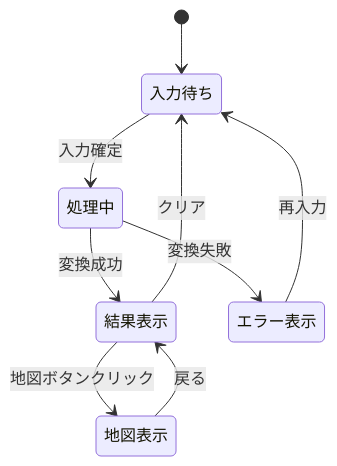
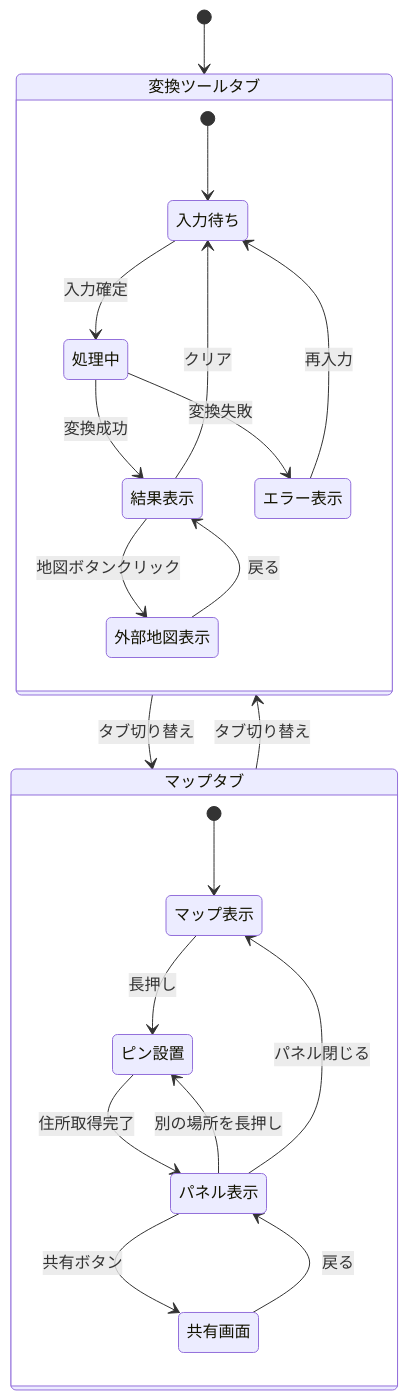
The seventh of 7 diagrams in docs/functional-design.md (oyaakihisa/ichi-link), drawn with Mermaid before and after one commit. The commit also changed other lines of this file and 17 other files, not shown here.

````diff
--- a/docs/functional-design.md
+++ b/docs/functional-design.md
@@ -522,11 +685,28 @@
 ```mermaid
 stateDiagram-v2
-    [*] --> 入力待ち
-    入力待ち --> 処理中: 入力確定
-    処理中 --> 結果表示: 変換成功
-    処理中 --> エラー表示: 変換失敗
-    結果表示 --> 入力待ち: クリア
-    結果表示 --> 地図表示: 地図ボタンクリック
-    地図表示 --> 結果表示: 戻る
-    エラー表示 --> 入力待ち: 再入力
+    [*] --> 変換ツールタブ
+
+    state 変換ツールタブ {
+        [*] --> 入力待ち
+        入力待ち --> 処理中: 入力確定
+        処理中 --> 結果表示: 変換成功
+        処理中 --> エラー表示: 変換失敗
+        結果表示 --> 入力待ち: クリア
+        結果表示 --> 外部地図表示: 地図ボタンクリック
+        外部地図表示 --> 結果表示: 戻る
+        エラー表示 --> 入力待ち: 再入力
+    }
+
+    state マップタブ {
+        [*] --> マップ表示
+        マップ表示 --> ピン設置: 長押し
+        ピン設置 --> パネル表示: 住所取得完了
+        パネル表示 --> マップ表示: パネル閉じる
+        パネル表示 --> 共有画面: 共有ボタン
+        共有画面 --> パネル表示: 戻る
+        パネル表示 --> ピン設置: 別の場所を長押し
+    }
+
+    変換ツールタブ --> マップタブ: タブ切り替え
+    マップタブ --> 変換ツールタブ: タブ切り替え
 ```
````
